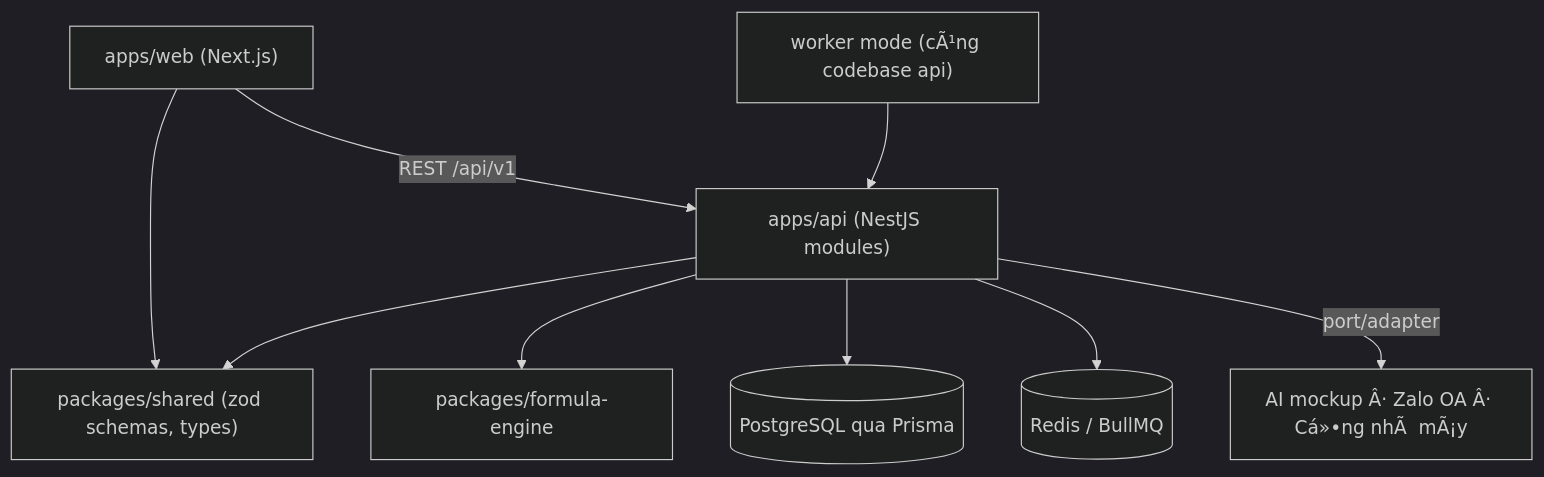
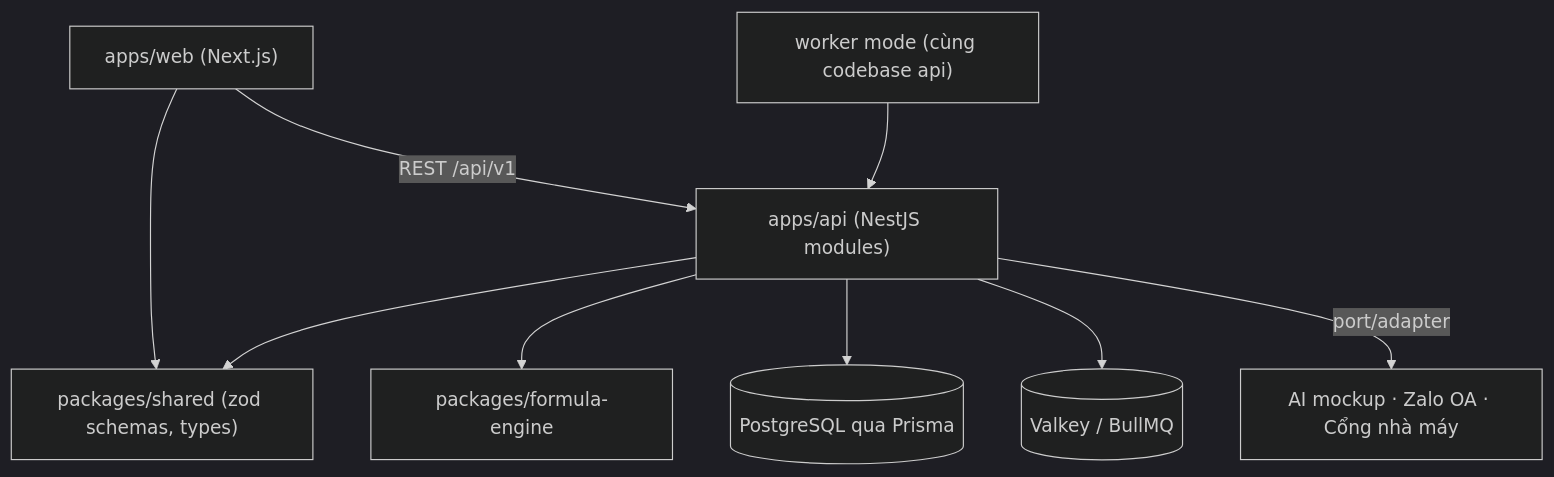
Before and after one commit to duongldhe172545/CPQ-V1: the first of 2 diagrams in _bmad-output/planning-artifacts/architecture/architecture-ADG-CPQ-2026-07-03/ARCHITECTURE-SPINE.md, drawn with Mermaid (dark theme). The commit also changed other lines of this file, not shown here.

````diff
--- a/_bmad-output/planning-artifacts/architecture/architecture-ADG-CPQ-2026-07-03/ARCHITECTURE-SPINE.md
+++ b/_bmad-output/planning-artifacts/architecture/architecture-ADG-CPQ-2026-07-03/ARCHITECTURE-SPINE.md
@@ -47,11 +47,11 @@
 ```mermaid
 graph TD
     WEB["apps/web (Next.js)"] -->|REST /api/v1| API["apps/api (NestJS modules)"]
     WEB --> SHARED["packages/shared (zod schemas, types)"]
     API --> SHARED
     API --> FE["packages/formula-engine"]
     API --> DB[("PostgreSQL qua Prisma")]
-    API --> Q[("Redis / BullMQ")]
-    WORKER["worker mode (cÃ¹ng codebase api)"] --> API
-    API -->|"port/adapter"| EXT["AI mockup Â· Zalo OA Â· Cá»•ng nhÃ  mÃ¡y"]
+    API --> Q[("Valkey / BullMQ")]
+    WORKER["worker mode (cùng codebase api)"] --> API
+    API -->|"port/adapter"| EXT["AI mockup · Zalo OA · Cổng nhà máy"]
 ```
````
